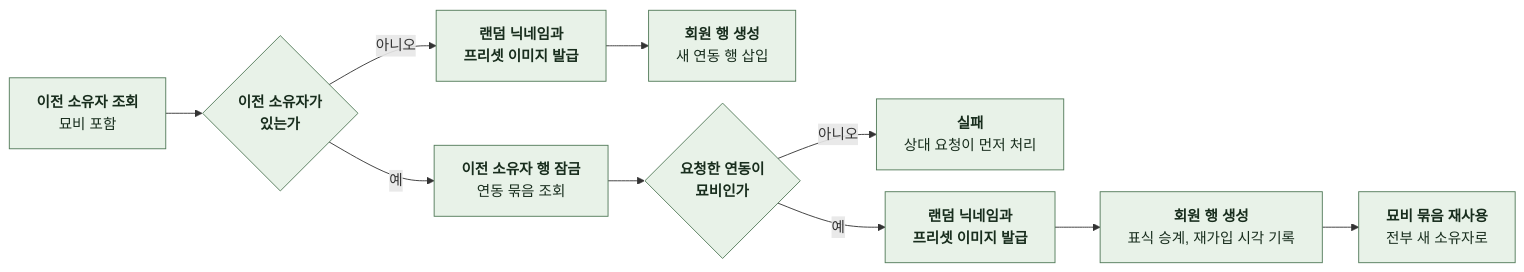
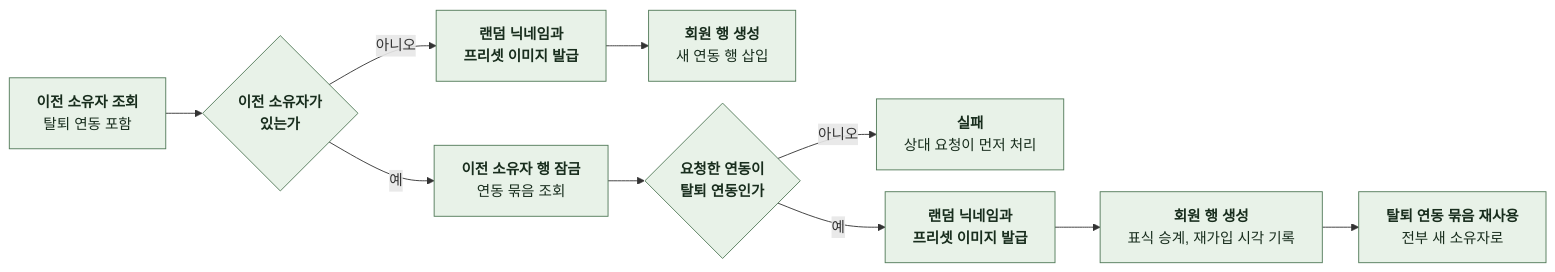
One commit to KIM-N-KANG/knk-harness changed the fifth of 16 diagrams in docs/domain/ACCOUNT/BACKEND/4-1-PIPELINES.md. Above: the diagram before and after it, drawn with Mermaid. The commit also changed other lines of this file and 9 other files, not shown here.

````diff
--- a/docs/domain/ACCOUNT/BACKEND/4-1-PIPELINES.md
+++ b/docs/domain/ACCOUNT/BACKEND/4-1-PIPELINES.md
@@ -168,26 +168,26 @@
 ```mermaid
 %%{init: {"flowchart": {"curve": "basis", "nodeSpacing": 24, "rankSpacing": 40}}}%%
 flowchart LR
     A["`**이전 소유자 조회**
-묘비 포함`"] --> B{"`**이전 소유자가
+탈퇴 연동 포함`"] --> B{"`**이전 소유자가
 있는가**`"}
     B -->|아니오| C["`**랜덤 닉네임과
 프리셋 이미지 발급**`"]
     C --> D["`**회원 행 생성**
 새 연동 행 삽입`"]
     B -->|예| E["`**이전 소유자 행 잠금**
 연동 묶음 조회`"]
     E --> F{"`**요청한 연동이
-묘비인가**`"}
+탈퇴 연동인가**`"}
     F -->|아니오| G["`**실패**
 상대 요청이 먼저 처리`"]
     F -->|예| H["`**랜덤 닉네임과
 프리셋 이미지 발급**`"]
     H --> I["`**회원 행 생성**
 표식 승계, 재가입 시각 기록`"]
-    I --> J["`**묘비 묶음 재사용**
+    I --> J["`**탈퇴 연동 묶음 재사용**
 전부 새 소유자로`"]
     classDef comp fill:#E8F2E8,stroke:#527A59,color:#182D1D
     classDef task fill:#F5D9C9,stroke:#B97450,color:#452B1D
     class A,B,C,D,E,F,G,H,I,J comp
 ```
````
